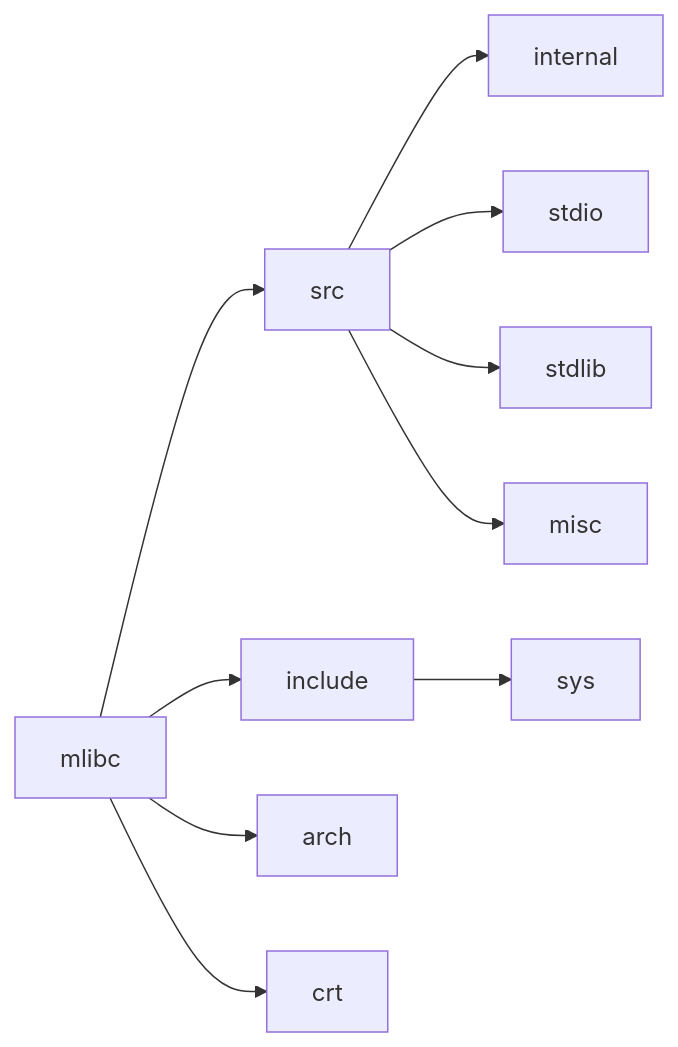
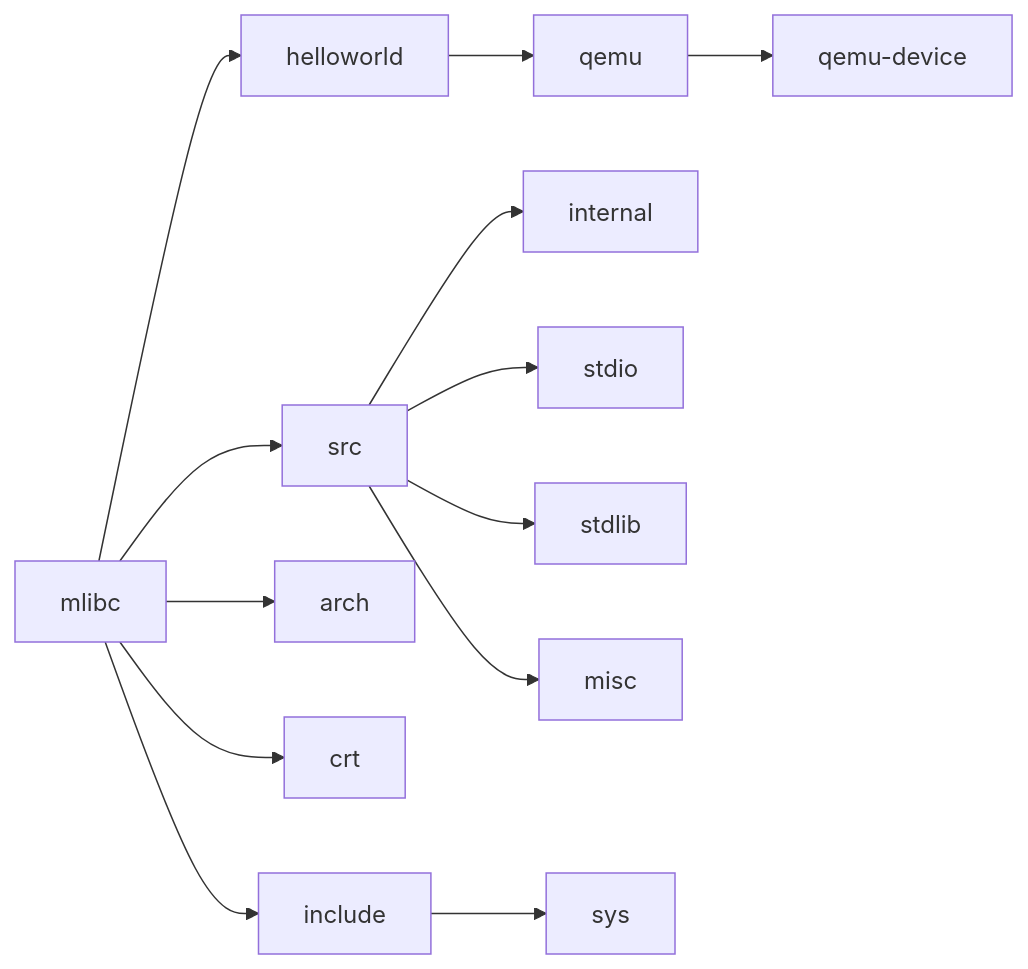
The first of 2 diagrams in ARCH.md (plctlab/mlibc), drawn with Mermaid before and after one commit. The commit also changed other lines of this file and 16 other files, not shown here.

````diff
--- a/ARCH.md
+++ b/ARCH.md
@@ -5,12 +5,21 @@
 ```mermaid
 flowchart LR
 mlibc-->src
+
 mlibc-->include
+
 mlibc-->arch
+
 mlibc-->crt
+
+mlibc-->helloworld
+helloworld-->qemu
+qemu-->qemu-device
+
 src-->internal
 src-->stdio
 src-->stdlib
 src-->misc
+
 include-->sys
 ```
````
